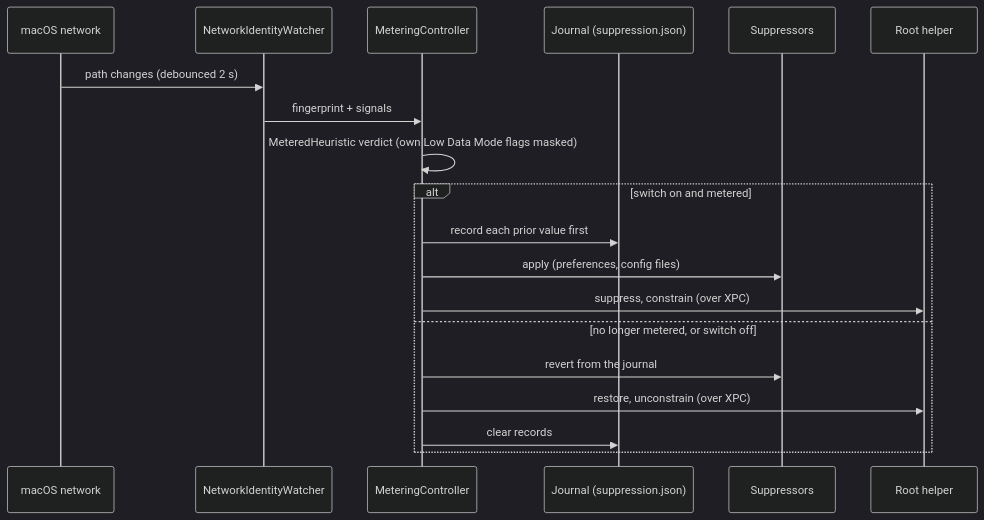
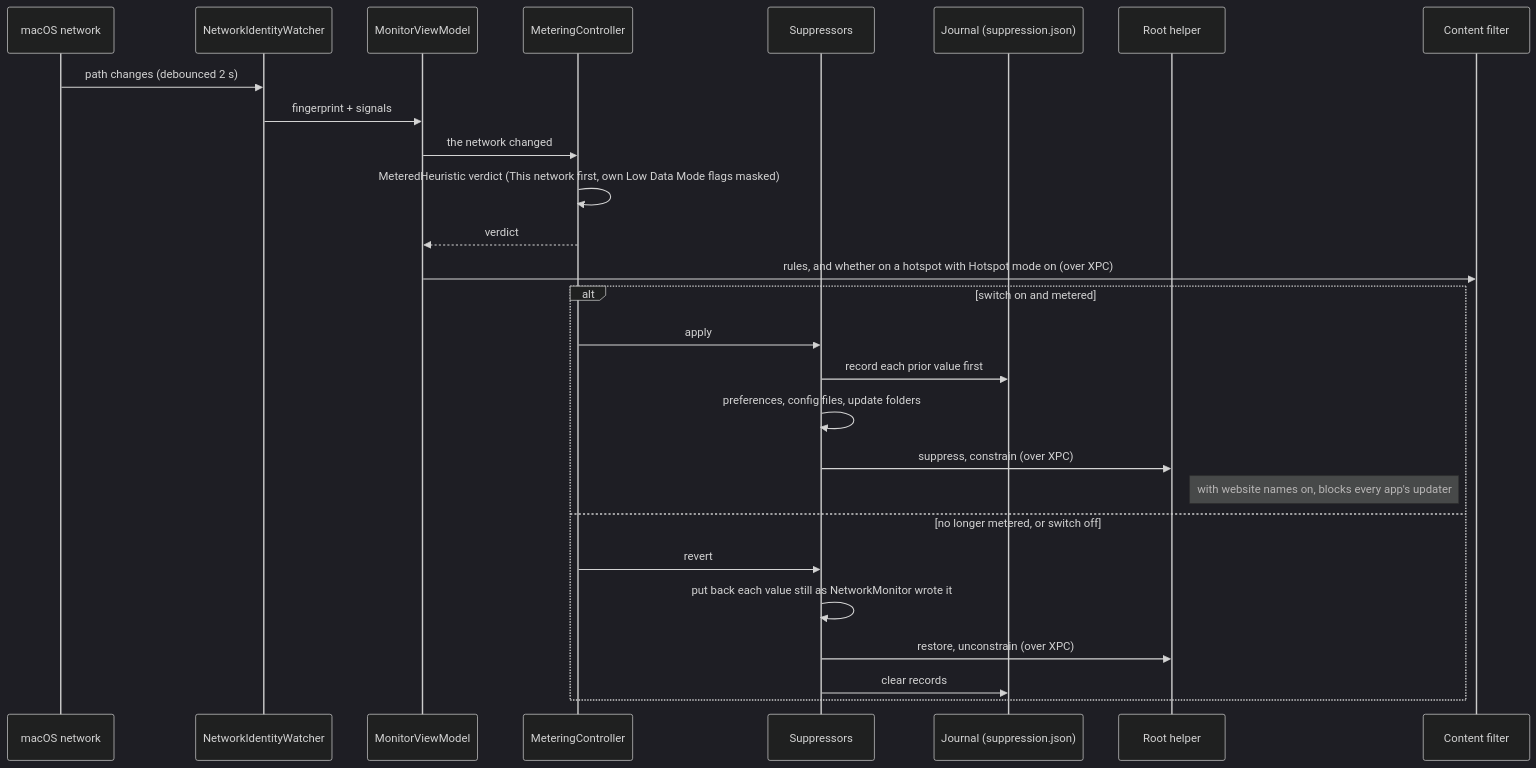
One commit to kevinabouhanna/NetworkMonitor changed the diagram in docs/hotspot-mode.md. Above: the diagram before and after it, drawn with Mermaid (dark theme). The commit also changed 9 other files, not shown here.

````diff
--- a/docs/hotspot-mode.md
+++ b/docs/hotspot-mode.md
@@ -196,22 +196,30 @@
 ```mermaid
 sequenceDiagram
     participant Mac as macOS network
     participant W as NetworkIdentityWatcher
+    participant VM as MonitorViewModel
     participant M as MeteringController
+    participant S as Suppressors
     participant J as Journal (suppression.json)
-    participant S as Suppressors
     participant H as Root helper
+    participant F as Content filter
 
     Mac->>W: path changes (debounced 2 s)
-    W->>M: fingerprint + signals
-    M->>M: MeteredHeuristic verdict (own Low Data Mode flags masked)
+    W->>VM: fingerprint + signals
+    VM->>M: the network changed
+    M->>M: MeteredHeuristic verdict (This network first, own Low Data Mode flags masked)
+    M-->>VM: verdict
+    VM->>F: rules, and whether on a hotspot with Hotspot mode on (over XPC)
     alt switch on and metered
-        M->>J: record each prior value first
-        M->>S: apply (preferences, config files)
-        M->>H: suppress, constrain (over XPC)
+        M->>S: apply
+        S->>J: record each prior value first
+        S->>S: preferences, config files, update folders
+        S->>H: suppress, constrain (over XPC)
+        Note left of F: with website names on, blocks every app's updater
     else no longer metered, or switch off
-        M->>S: revert from the journal
-        M->>H: restore, unconstrain (over XPC)
-        M->>J: clear records
+        M->>S: revert
+        S->>S: put back each value still as NetworkMonitor wrote it
+        S->>H: restore, unconstrain (over XPC)
+        S->>J: clear records
     end
 ```
````
